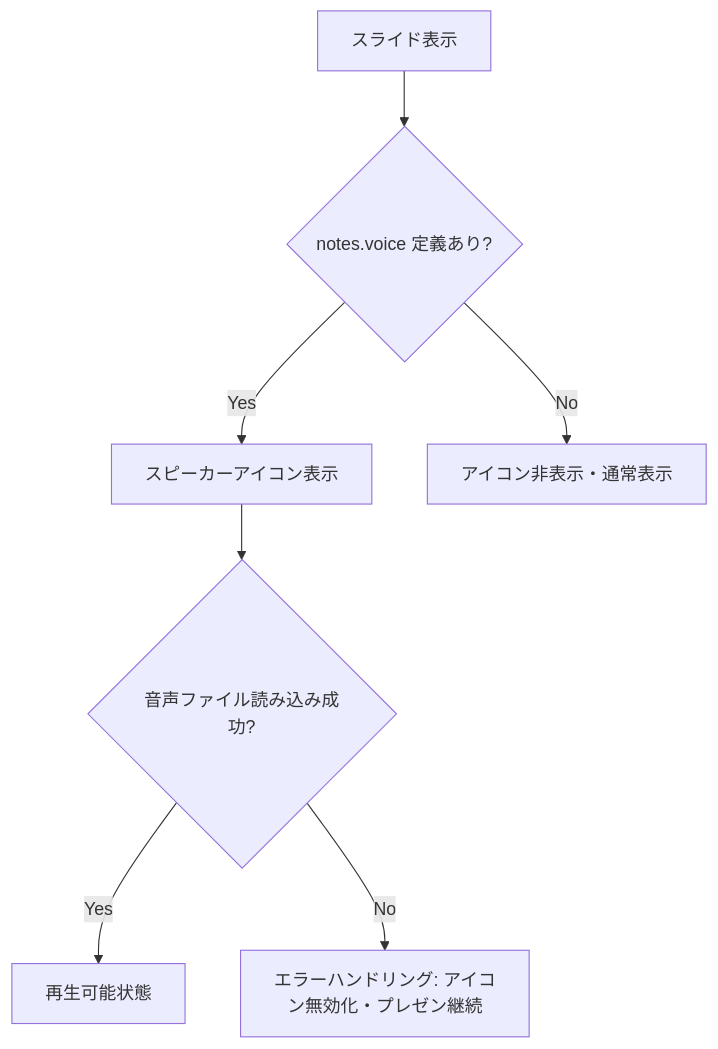
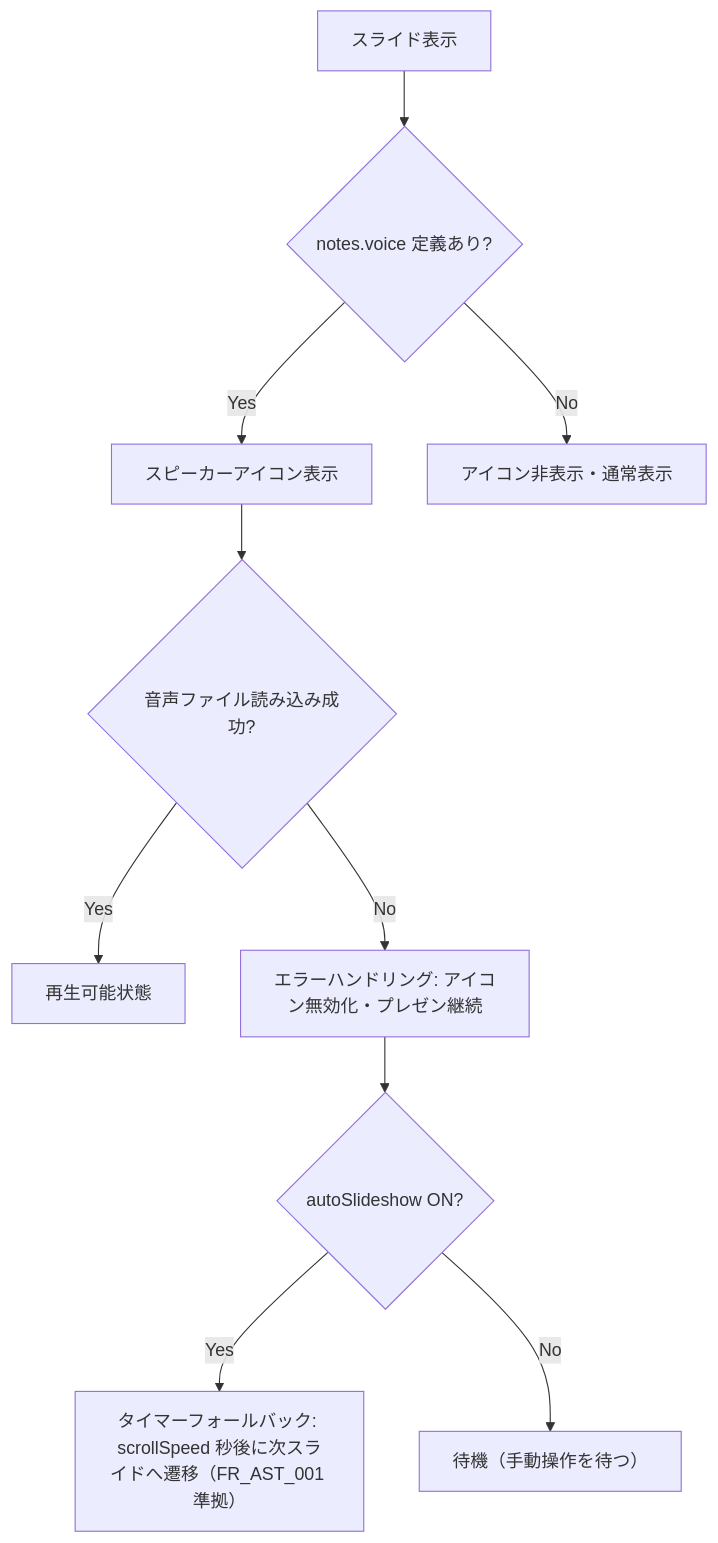
One commit to ToshikiImagawa/slide-presentation-app changed the third of 3 diagrams in .sdd/specification/speaker-note-audio_spec.md. Above: the diagram before and after it, drawn with Mermaid. The commit also changed other lines of this file and 8 other files, not shown here.

````diff
--- a/.sdd/specification/speaker-note-audio_spec.md
+++ b/.sdd/specification/speaker-note-audio_spec.md
@@ -216,9 +216,12 @@
 ```mermaid
 flowchart TD
     A[スライド表示] --> B{notes.voice 定義あり?}
     B -- Yes --> C[スピーカーアイコン表示]
     B -- No --> D["アイコン非表示・通常表示"]
     C --> E{音声ファイル読み込み成功?}
     E -- Yes --> F[再生可能状態]
     E -- No --> G["エラーハンドリング: アイコン無効化・プレゼン継続"]
+    G --> H{autoSlideshow ON?}
+    H -- Yes --> I["タイマーフォールバック: scrollSpeed 秒後に次スライドへ遷移（FR_AST_001 準拠）"]
+    H -- No --> J["待機（手動操作を待つ）"]
 ```
````
